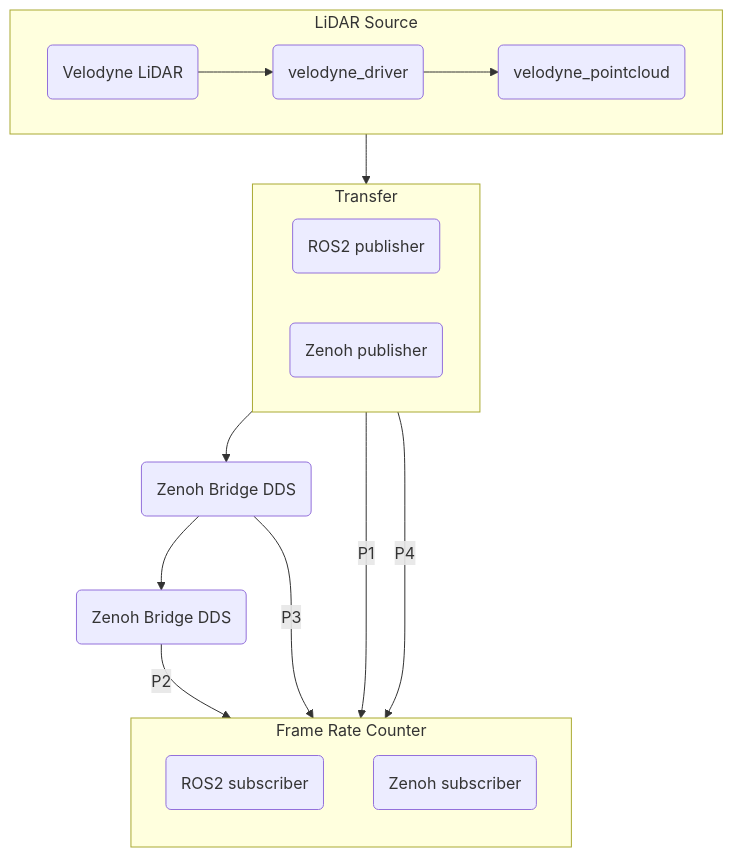
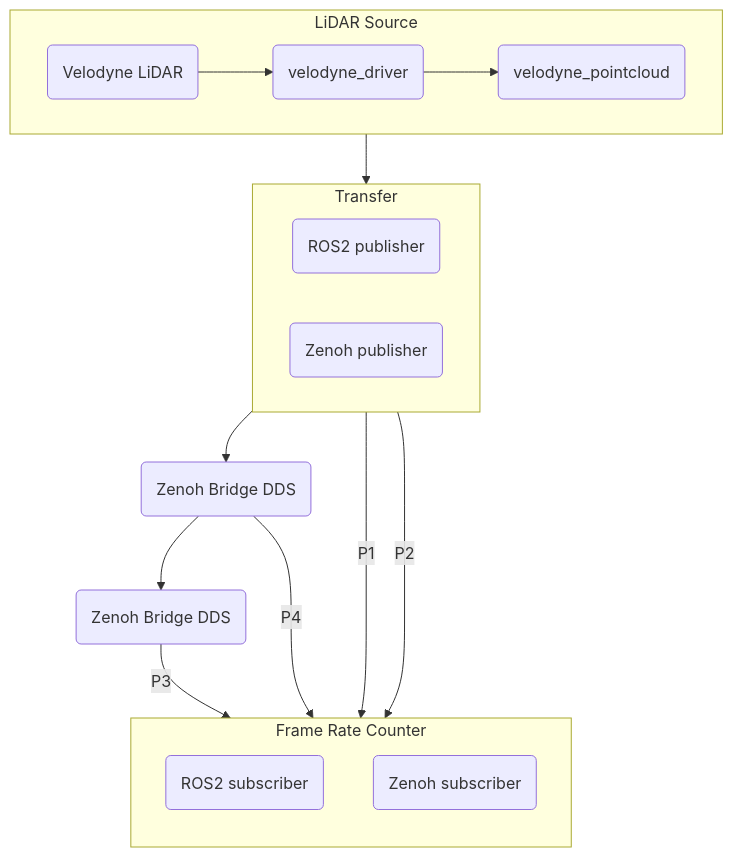
The first of 3 diagrams in README.md (NEWSLabNTU/ros2-dds-zenoh-comparison), drawn with Mermaid before and after one commit. The commit also changed other lines of this file and 5 other files, not shown here.

````diff
--- a/README.md
+++ b/README.md
@@ -6,27 +6,27 @@
 ```mermaid
 flowchart TB
 subgraph SR[LiDAR Source]
     direction LR
     VL(Velodyne LiDAR)
     VD(velodyne_driver)
     VP(velodyne_pointcloud)
     VL --> VD --> VP
 end
 VP --> TF
 subgraph TF[Transfer]
     direction LR
     RP(ROS2 publisher)
     ZP(Zenoh publisher)
 end
 subgraph FRC[Frame Rate Counter]
     direction TB
     RS(ROS2 subscriber)
     ZS(Zenoh subscriber)
 end
 RP -- P1 --> RS
-ZP -- P4 --> ZS
+ZP -- P2 --> ZS
 ZBD1(Zenoh Bridge DDS)
 ZBD2(Zenoh Bridge DDS)
-RP --> ZBD1 --> ZBD2 -- P2 --> RS
-ZBD1 -- P3 --> ZS
+RP --> ZBD1 --> ZBD2 -- P3 --> RS
+ZBD1 -- P4 --> ZS
 ```
````
